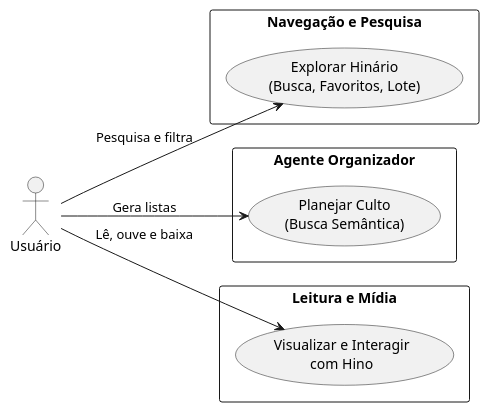
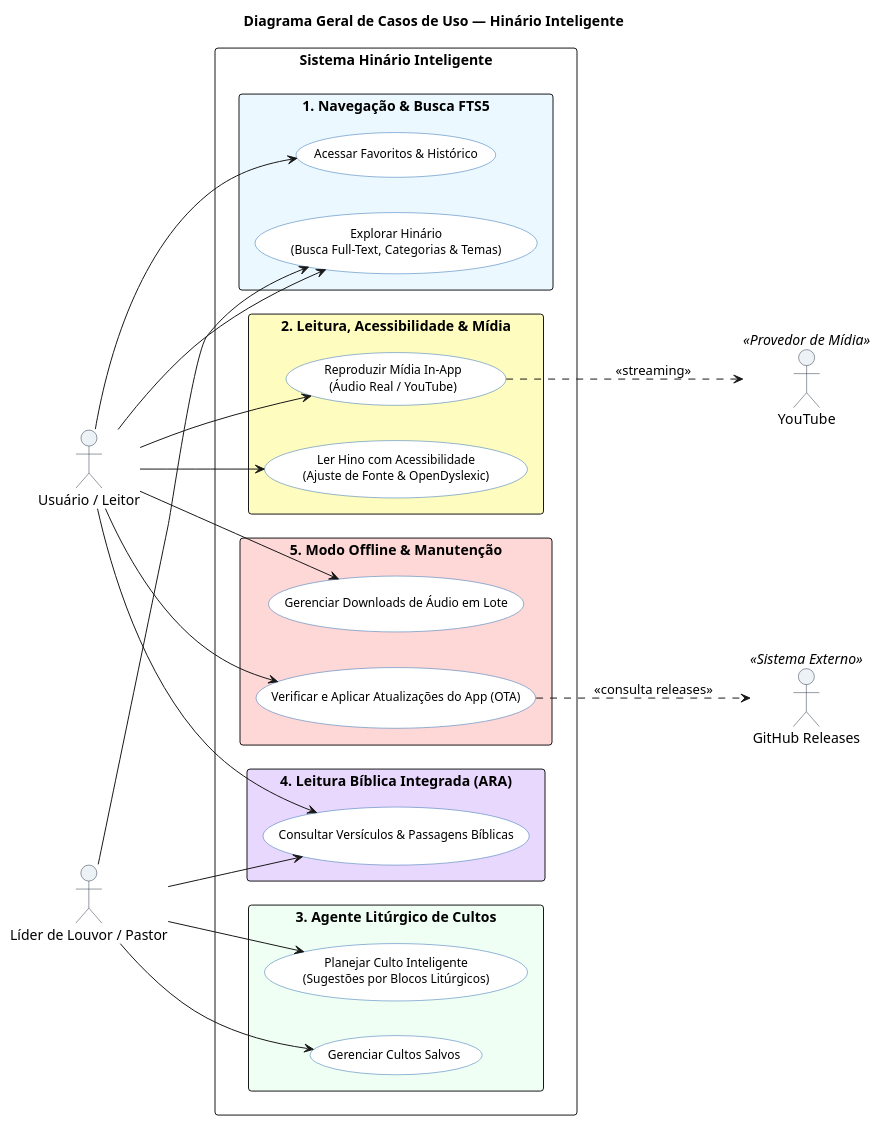
Before and after one commit to Lucas2Araujo/NHA_Intel: the diagram in Docs/Diagrama_caso_de_Uso(Geral).puml, drawn with PlantUML. The commit also changed 29 other files, not shown here.

```diff
--- a/Docs/Diagrama_caso_de_Uso(Geral).puml
+++ b/Docs/Diagrama_caso_de_Uso(Geral).puml
@@ -1,23 +1,75 @@
-@startuml
+@startuml Diagrama_caso_de_Uso_Geral
+' ==============================================================================
+' Diagrama Geral de Casos de Uso (Geral) — Hinário Inteligente
+' ==============================================================================
+
 left to right direction
 skinparam packageStyle rectangle
+skinparam roundcorner 6
+skinparam shadowing false
 
-actor "Usuário" as User
-
-package "Navegação e Pesquisa" {
-  usecase "Explorar Hinário\n(Busca, Favoritos, Lote)" as Mod1
+skinparam usecase {
+  BackgroundColor #FFFFFF
+  BorderColor #2B6CB0
+  FontName "Segoe UI, Arial, SansSerif"
+  FontSize 12
 }
 
-package "Agente Organizador" {
-  usecase "Planejar Culto\n(Busca Semântica)" as Mod2
+skinparam actor {
+  BackgroundColor #EDF2F7
+  BorderColor #2D3748
+  FontName "Segoe UI, Arial, SansSerif"
 }
 
-package "Leitura e Mídia" {
-  usecase "Visualizar e Interagir\ncom Hino" as Mod3
+title <b>Diagrama Geral de Casos de Uso — Hinário Inteligente</b>
+
+actor "Usuário / Leitor" as User
+actor "Líder de Louvor / Pastor" as Pastor
+actor "GitHub Releases" as GitHub <<Sistema Externo>>
+actor "YouTube" as YouTube <<Provedor de Mídia>>
+
+rectangle "Sistema Hinário Inteligente" {
+
+  package "1. Navegação & Busca FTS5" #EBF8FF {
+    usecase "Explorar Hinário\n(Busca Full-Text, Categorias & Temas)" as UC_Explorar
+    usecase "Acessar Favoritos & Histórico" as UC_Fav_Hist
+  }
+
+  package "2. Leitura, Acessibilidade & Mídia" #FEFCBF {
+    usecase "Ler Hino com Acessibilidade\n(Ajuste de Fonte & OpenDyslexic)" as UC_LerHino
+    usecase "Reproduzir Mídia In-App\n(Áudio Real / YouTube)" as UC_Reproduzir
+  }
+
+  package "3. Agente Litúrgico de Cultos" #F0FFF4 {
+    usecase "Planejar Culto Inteligente\n(Sugestões por Blocos Litúrgicos)" as UC_PlanejarCulto
+    usecase "Gerenciar Cultos Salvos" as UC_GerenciarCultos
+  }
+
+  package "4. Leitura Bíblica Integrada (ARA)" #E9D8FD {
+    usecase "Consultar Versículos & Passagens Bíblicas" as UC_Biblia
+  }
+
+  package "5. Modo Offline & Manutenção" #FED7D7 {
+    usecase "Gerenciar Downloads de Áudio em Lote" as UC_DownloadsLote
+    usecase "Verificar e Aplicar Atualizações do App (OTA)" as UC_Updater
+  }
 }
 
-User --> Mod1 : " Pesquisa e filtra"
-User --> Mod2 : " Gera listas"
-User --> Mod3 : " Lê, ouve e baixa"
+' Relações dos Atores com os Casos de Uso
+User --> UC_Explorar
+User --> UC_Fav_Hist
+User --> UC_LerHino
+User --> UC_Reproduzir
+User --> UC_Biblia
+User --> UC_DownloadsLote
+User --> UC_Updater
+
+Pastor --> UC_Explorar
+Pastor --> UC_PlanejarCulto
+Pastor --> UC_GerenciarCultos
+Pastor --> UC_Biblia
+
+UC_Reproduzir ..> YouTube : <<streaming>>
+UC_Updater ..> GitHub : <<consulta releases>>
 
 @enduml
```
